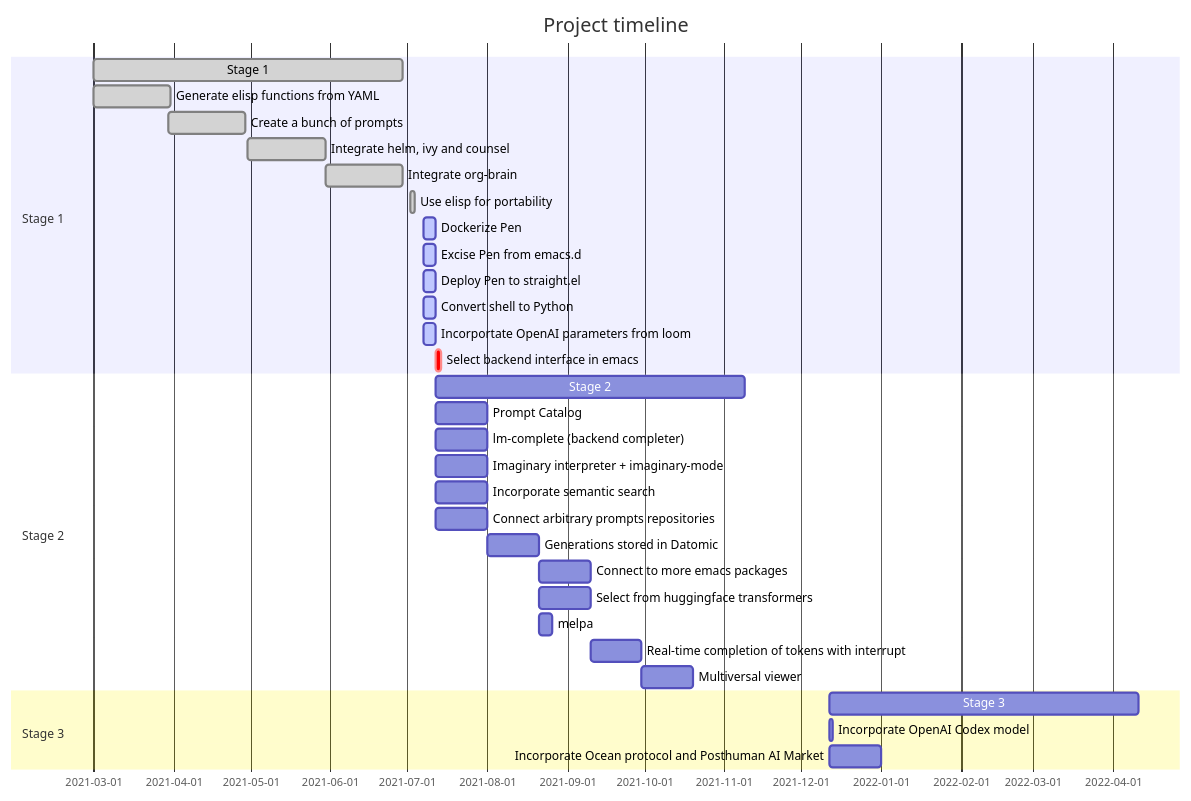
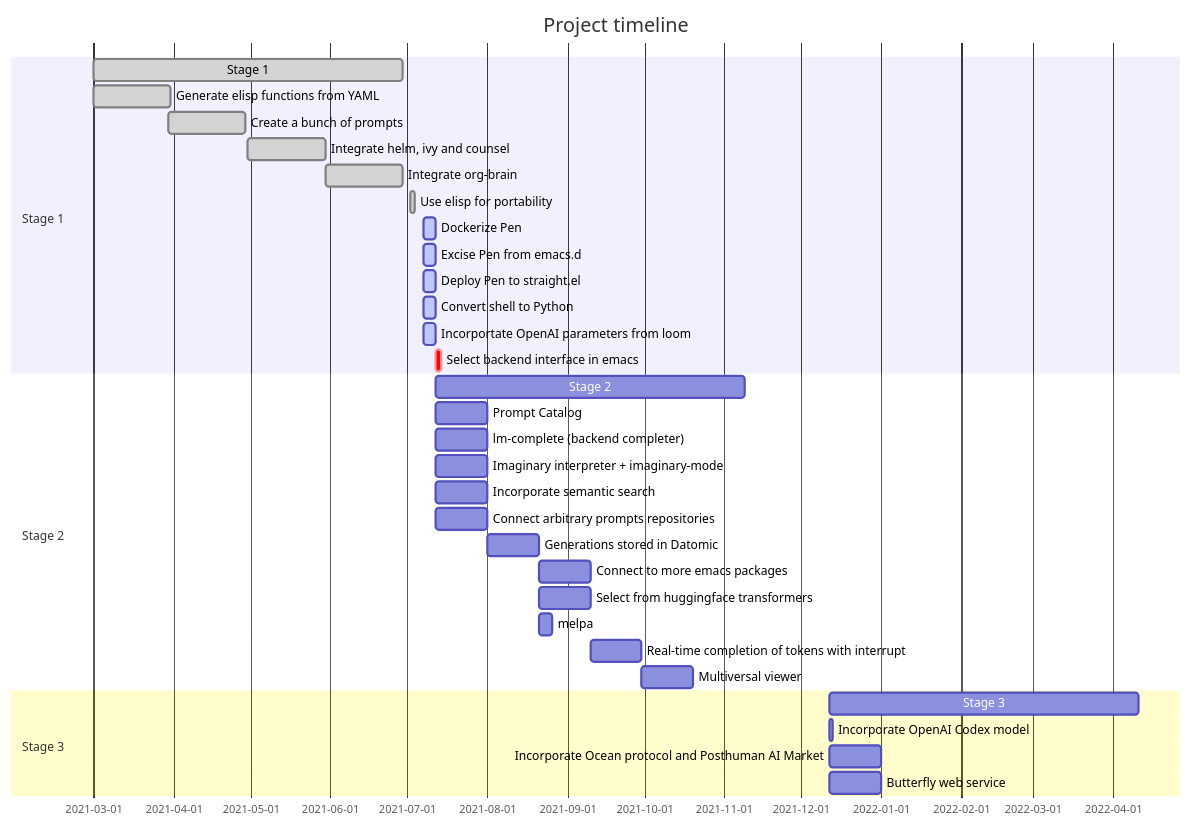
The diagram in docs/README.org (semiosis/pen.el), drawn with Mermaid before and after one commit.

Commit message:
Thu 08 Jul 2021 11:53:46

```diff
--- a/docs/README.org
+++ b/docs/README.org
@@ -31,35 +31,36 @@
 #+BEGIN_SRC mermaid :results raw :file project-timeline.png
   gantt
           title Project timeline
           dateFormat  YYYY-MM-DD
           section Stage 1
           Stage 1  :done, :s1, 2021-03-01, 120d
           Generate elisp functions from YAML  :done,  :a1, 2021-03-01, 30d
           Create a bunch of prompts  :done,   :a3, 2021-03-30, 30d
           Integrate helm, ivy and counsel  :done,   :a4, 2021-04-30, 30d
           Integrate org-brain  :done,   :a5, 2021-05-30, 30d
           Use elisp for portability :done,  :b2, 2021-07-02, 2d
           Dockerize Pen : active, b3, after b2 , 5d
           Excise Pen from emacs.d: active, b3.1, after b2 , 5d
           Deploy Pen to straight.el: active, b3.2, after b2 , 5d
           Convert shell to Python : active, b4, after b2 , 5d
           Incorportate OpenAI parameters from loom : active, b4, after b2 , 5d
           Select backend interface in emacs :crit, after b3, 2d
           section Stage 2
           Stage 2  :s2, 2021-07-12, 120d
           Prompt Catalog : b6a, 2021-07-12, 20d
           lm-complete (backend completer) : b6b, 2021-07-12, 20d
           Imaginary interpreter + imaginary-mode : b11, 2021-07-12, 20d
           Incorporate semantic search : b12, 2021-07-12, 20d
           Connect arbitrary prompts repositories : b6, 2021-07-12, 20d
           Generations stored in Datomic : b7, after b6, 20d
           Connect to more emacs packages : b8, after b7 , 20d
           Select from huggingface transformers : b15, after b7 , 20d
           melpa : b14, after b7 , 5d
           Real-time completion of tokens with interrupt : b9, after b8, 20d
           Multiversal viewer : b10, after b9, 20d
           section Stage 3
           Stage 3  :s3, 2021-12-12, 120d
           Incorporate OpenAI Codex model : c1, 2021-12-12, 1d
           Incorporate Ocean protocol and Posthuman AI Market : c2, 2021-12-12, 20d
+          Butterfly web service : c3, 2021-12-12, 20d
 #+END_SRC
```
